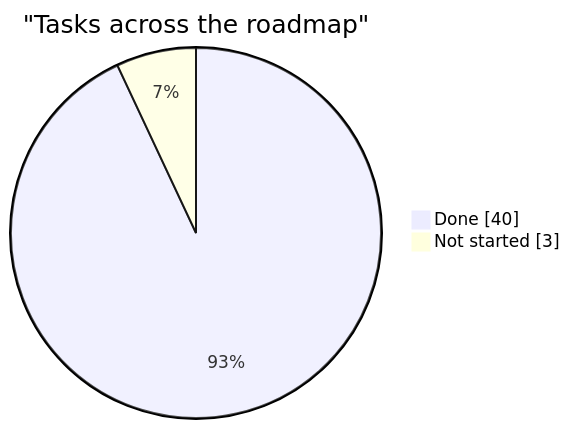
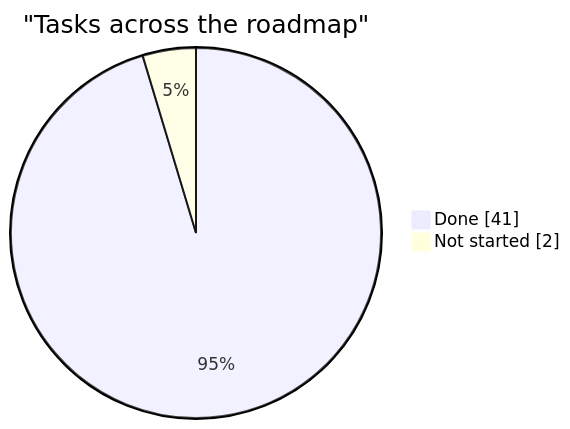
Before and after one commit to AdamClemens/PyFlow: the diagram in docs/planning/status.md, drawn with Mermaid. The commit also changed other lines of this file and 5 other files, not shown here.

````diff
--- a/docs/planning/status.md
+++ b/docs/planning/status.md
@@ -21,6 +21,6 @@
 ```mermaid
 pie showData
     title "Tasks across the roadmap"
-    "Done" : 40
-    "Not started" : 3
+    "Done" : 41
+    "Not started" : 2
 ```
````
